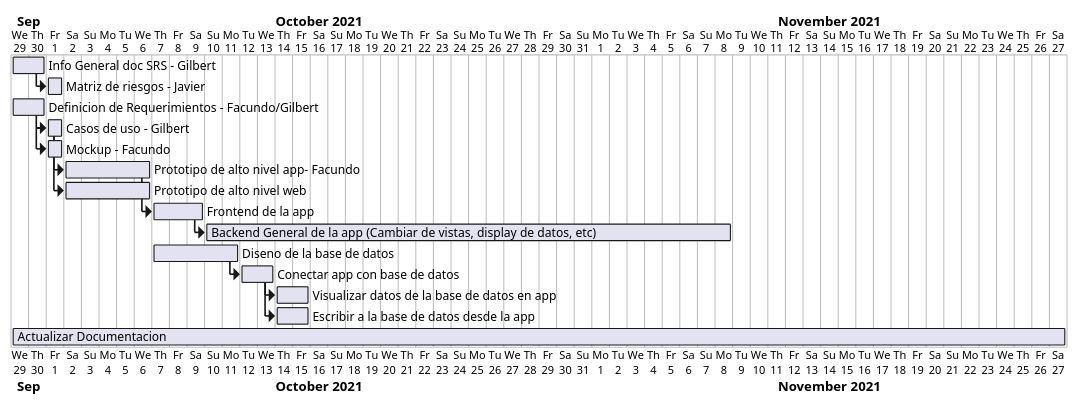
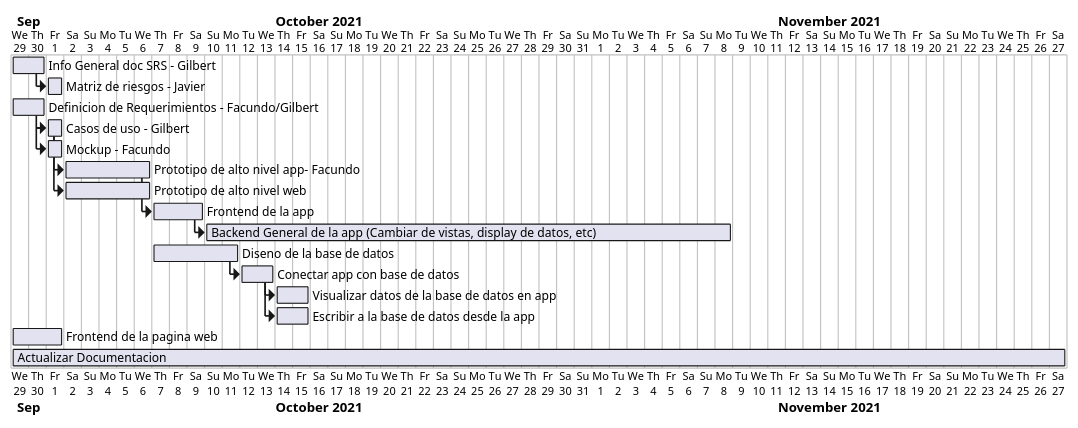
The diagram in Diagramas.md (facund015/codeRelatedObsidianNotes), drawn with PlantUML before and after one commit. The commit also changed 1 other file, not shown here.

Commit message:
vault backup: 2021-10-01 16:00:30

````diff
--- a/Diagramas.md
+++ b/Diagramas.md
@@ -1,32 +1,33 @@
 ```plantuml
 
 @startgantt
 Project starts 2021-09-29
 
 [Info General doc SRS - Gilbert] as [SRS] lasts 2 days and starts 2021-09-29
 [Matriz de riesgos - Javier] as [MR] lasts 1 days and starts at [SRS]'s end
 
 [Definicion de Requerimientos - Facundo/Gilbert] as [DR] lasts 2 day and starts 2021-09-29
 [Casos de uso - Gilbert] as [CS] lasts 1 day and starts at [DR]'s end
 [Mockup - Facundo] as [MP] lasts 1 days and starts at [CS]'s start
 
 [Prototipo de alto nivel app- Facundo] as [PAN] lasts 5 days and starts at [CS]'s end
 [Prototipo de alto nivel web] as [PAW] lasts 5 days and starts at [CS]'s end
 
 [Frontend de la app] as [FEA] lasts 3 days and starts at [PAN]'s end
 [Backend General de la app (Cambiar de vistas, display de datos, etc)] as [BGA] lasts 30 days and starts at [FEA]'s end
 
 [Diseno de la base de datos] as [DBD] lasts 5 days and starts 2021-10-7
 [Conectar app con base de datos] as [CBD] lasts 2 days and starts at [DBD]'s end
 [Visualizar datos de la base de datos en app] as [VBD] lasts 2 days and starts at [CBD]'s end
 [Escribir a la base de datos desde la app] as [EBD] lasts 2 days and starts at [CBD]'s end
 
+[Frontend de la pagina web] as [FPW] lasts 3 days
 
 
 
 [Actualizar Documentacion] as [ASRS] lasts 60 days
 @endgantt
 
 
 
 ```
````
